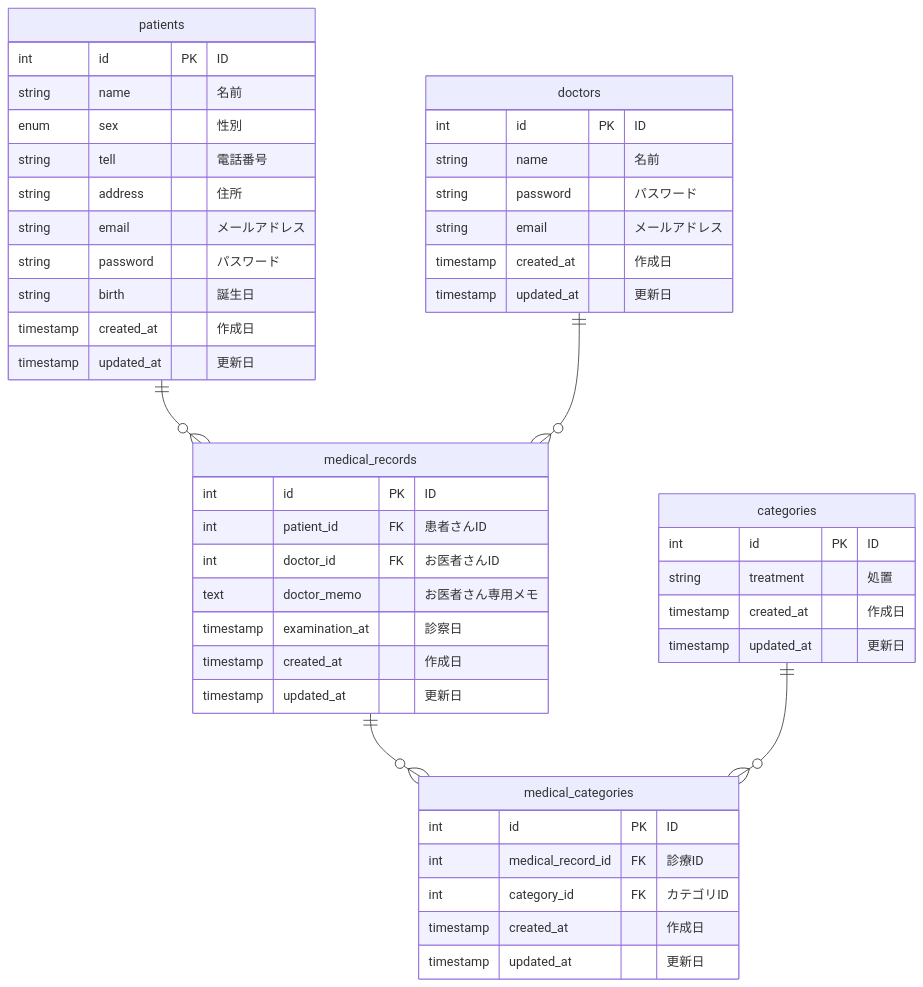
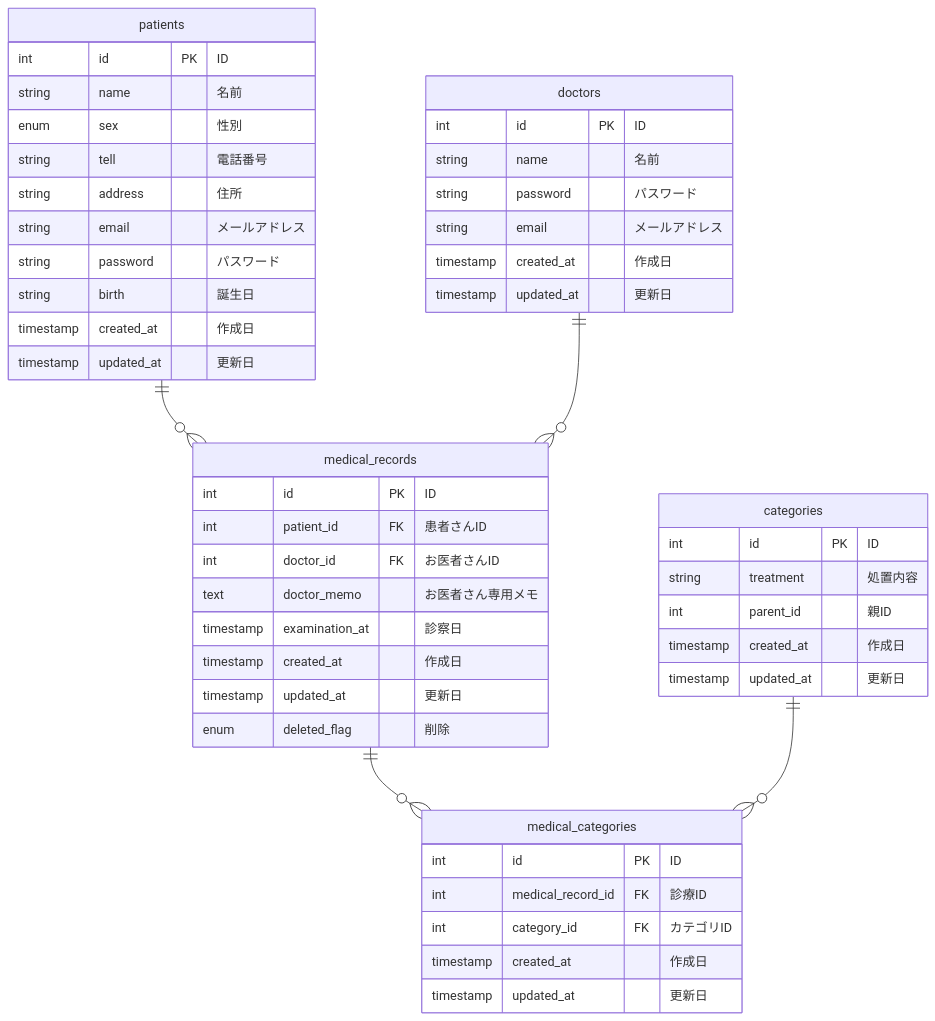
One commit to kubo-work/patient-management changed the diagram in SystemDesign/ER/er.md. Above: the diagram before and after it, drawn with Mermaid.

Commit message:
🎨 ER図の修正

````diff
--- a/SystemDesign/ER/er.md
+++ b/SystemDesign/ER/er.md
@@ -1,57 +1,58 @@
 ```mermaid
 erDiagram
     patients {
         int id PK "ID"
         string name "名前"
         enum sex "性別"
         string tell "電話番号"
         string address "住所"
         string email "メールアドレス"
         string password "パスワード"
         string birth "誕生日"
         timestamp created_at "作成日"
         timestamp updated_at "更新日"
-        %% timestamp last_hospital_visit_at "最新来院日"
     }
 
     medical_records{
         int id PK "ID" 
         int patient_id FK "患者さんID"
         int doctor_id FK "お医者さんID"
         text doctor_memo "お医者さん専用メモ"
         timestamp examination_at "診察日"
         timestamp created_at "作成日"
         timestamp updated_at "更新日"
-        %% int deleted_flag "削除"
+        enum deleted_flag "削除"
     }
 
     %% 診察（施術内容をカテゴリ化してテーブル）
     categories{
         int id PK "ID" 
-        string treatment "処置"
+        string treatment "処置内容"
+        %% parent_id 親カテゴリの場合はNULLにする
+        int parent_id "親ID" 
         timestamp created_at "作成日"
         timestamp updated_at "更新日"
     }
 
     medical_categories {
         int id PK "ID"
         int medical_record_id FK "診療ID"
         int category_id FK "カテゴリID"
         timestamp created_at "作成日"
         timestamp updated_at "更新日"
     }
 
     doctors{
         int id PK "ID" 
         string name "名前"
         string password "パスワード"
         string email "メールアドレス"
         timestamp created_at "作成日"
         timestamp updated_at "更新日" 
     }
 
     patients ||--o{ medical_records: ""
     doctors ||--o{ medical_records: ""
     medical_records ||--o{ medical_categories: ""
     categories ||--o{ medical_categories: ""
 ```
````
